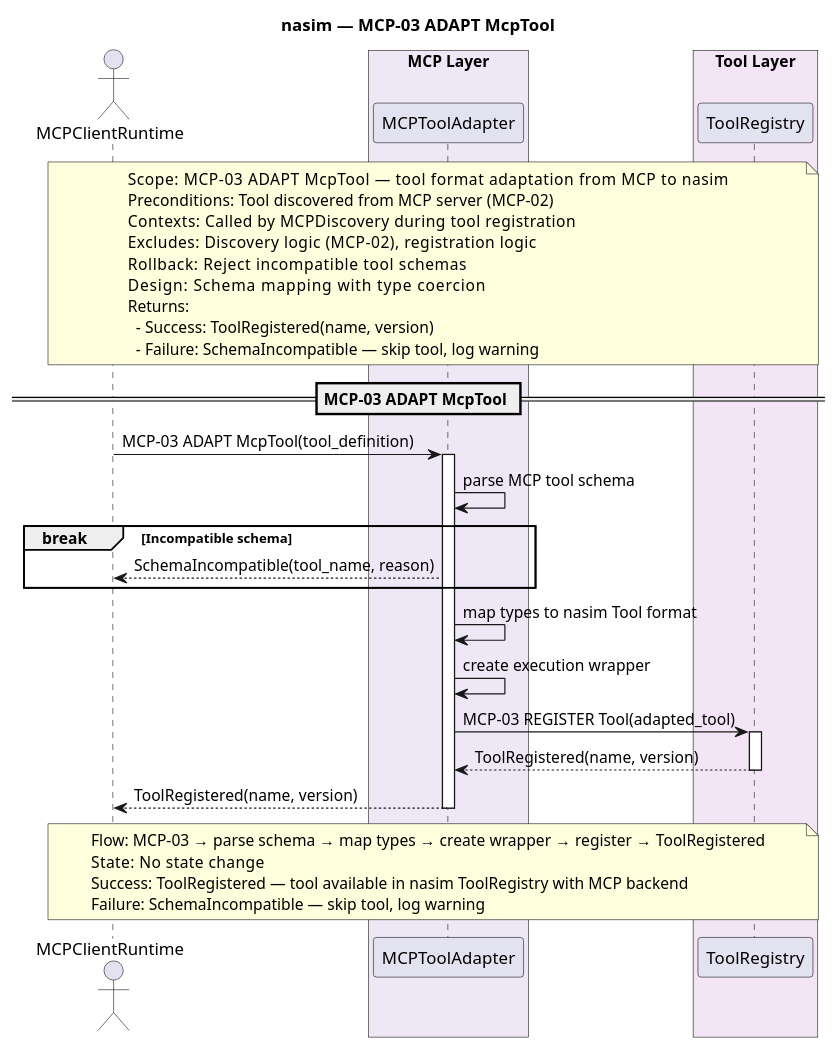
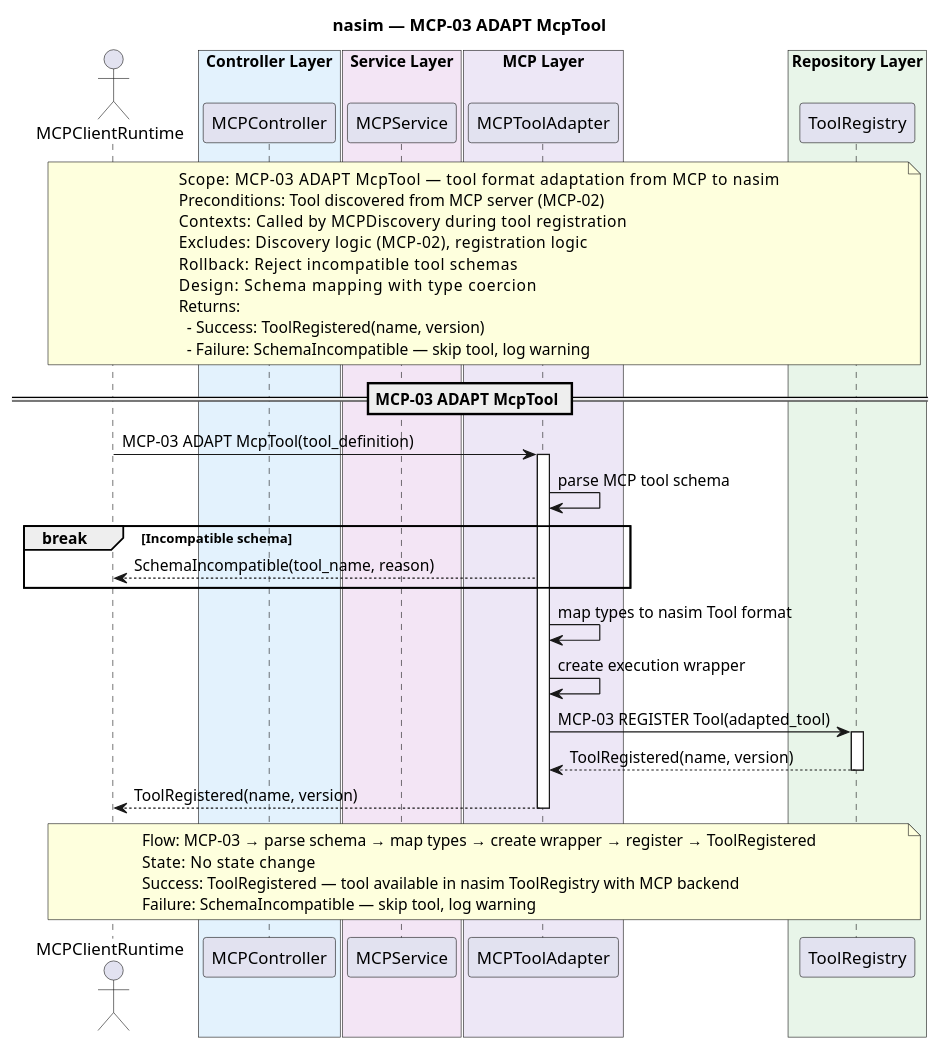
One commit to salimnamvar/nasim changed the diagram in docs/SQ/MCP/sq_mcp03_adapt_mcp_tool.puml. Above: the diagram before and after it, drawn with PlantUML. The commit also changed 113 other files, not shown here.

First line of the commit message:
docs: Refactor sequence diagrams for improved clarity and structure

```diff
--- a/docs/SQ/MCP/sq_mcp03_adapt_mcp_tool.puml
+++ b/docs/SQ/MCP/sq_mcp03_adapt_mcp_tool.puml
@@ -1,64 +1,70 @@
 @startuml sq_mcp03_adapt_mcp_tool
 ' ============================================================
 ' Title:     MCP-03 — ADAPT MCP Tool
 ' Boundary:  nasim code agent
 ' Purpose:   Wrap MCP server tool into nasim Tool format
 ' Milestone: v1.0
 ' Version:   8.0.0
 ' Source:    CAR refinement loop — API-First transformation
 ' Review:    docs/SQ/README.md
 ' ============================================================
 
 title nasim — MCP-03 ADAPT McpTool
 
 actor "MCPClientRuntime" as mcp
 
+box "Controller Layer" #E3F2FD
+  participant "MCPController" as mcp_ctrl
+end box
+box "Service Layer" #F3E5F5
+  participant "MCPService" as mcp_svc
+end box
 box "MCP Layer" #EDE7F6
   participant "MCPToolAdapter" as adapter
 end box
-box "Tool Layer" #F3E5F5
+box "Repository Layer" #E8F5E9
   participant "ToolRegistry" as registry
 end box
 
 note over mcp, registry
   Scope:          MCP-03 ADAPT McpTool — tool format adaptation from MCP to nasim
   Preconditions:  Tool discovered from MCP server (MCP-02)
   Contexts:       Called by MCPDiscovery during tool registration
   Excludes:       Discovery logic (MCP-02), registration logic
   Rollback:       Reject incompatible tool schemas
   Design:         Schema mapping with type coercion
   Returns:
     - Success: ToolRegistered(name, version)
     - Failure: SchemaIncompatible — skip tool, log warning
 end note
 
 == MCP-03 ADAPT McpTool ==
 
 mcp -> adapter : MCP-03 ADAPT McpTool(tool_definition)
 activate adapter
 
 adapter -> adapter : parse MCP tool schema
 
 break Incompatible schema
     adapter --> mcp : SchemaIncompatible(tool_name, reason)
 end
 
 adapter -> adapter : map types to nasim Tool format
 adapter -> adapter : create execution wrapper
 
 adapter -> registry : MCP-03 REGISTER Tool(adapted_tool)
 activate registry
 registry --> adapter : ToolRegistered(name, version)
 deactivate registry
 
 adapter --> mcp : ToolRegistered(name, version)
 deactivate adapter
 
 note over mcp, registry
   Flow:    MCP-03 → parse schema → map types → create wrapper → register → ToolRegistered
   State:   No state change
   Success: ToolRegistered — tool available in nasim ToolRegistry with MCP backend
   Failure: SchemaIncompatible — skip tool, log warning
 end note
 
 @enduml
```
